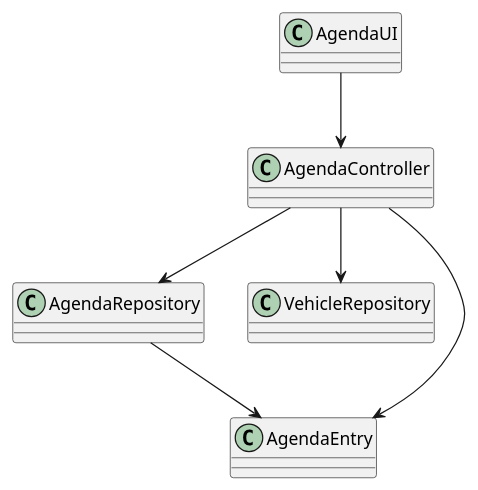
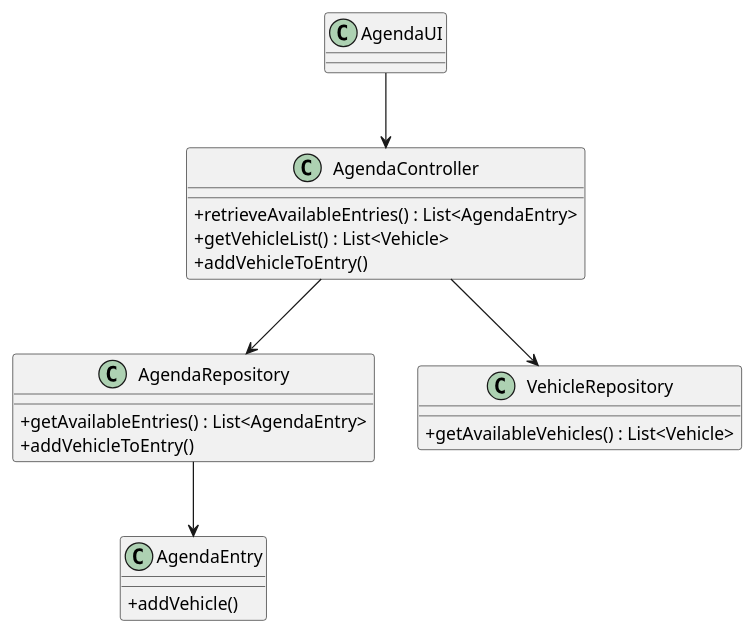
The diagram in docs/sprintC/us026/03.design/puml/us026-class-diagram.puml (rpedros02/lei-24-s2-1DL-g08), drawn with PlantUML before and after one commit. The commit also changed 3 other files, not shown here.

```diff
--- a/docs/sprintC/us026/03.design/puml/us026-class-diagram.puml
+++ b/docs/sprintC/us026/03.design/puml/us026-class-diagram.puml
@@ -1,28 +1,36 @@
 @startuml
+skinparam packageStyle rectangle
+skinparam shadowing false
+skinparam linetype polyline
+'skinparam linetype orto
+
+skinparam classAttributeIconSize 0
+
 class AgendaUI {
-
 }
 
 class AgendaController {
-
++ retrieveAvailableEntries() : List<AgendaEntry>
++ getVehicleList() : List<Vehicle>
++ addVehicleToEntry()
 }
 
 class AgendaRepository {
-
++ getAvailableEntries() : List<AgendaEntry>
++ addVehicleToEntry()
 }
 
 class VehicleRepository {
-
++ getAvailableVehicles() : List<Vehicle>
 }
 
 class AgendaEntry {
-
++ addVehicle()
 }
 
 AgendaUI --> AgendaController
 AgendaController --> AgendaRepository
 AgendaController --> VehicleRepository
 AgendaRepository --> AgendaEntry
-AgendaController --> AgendaEntry
 
 @enduml
```
